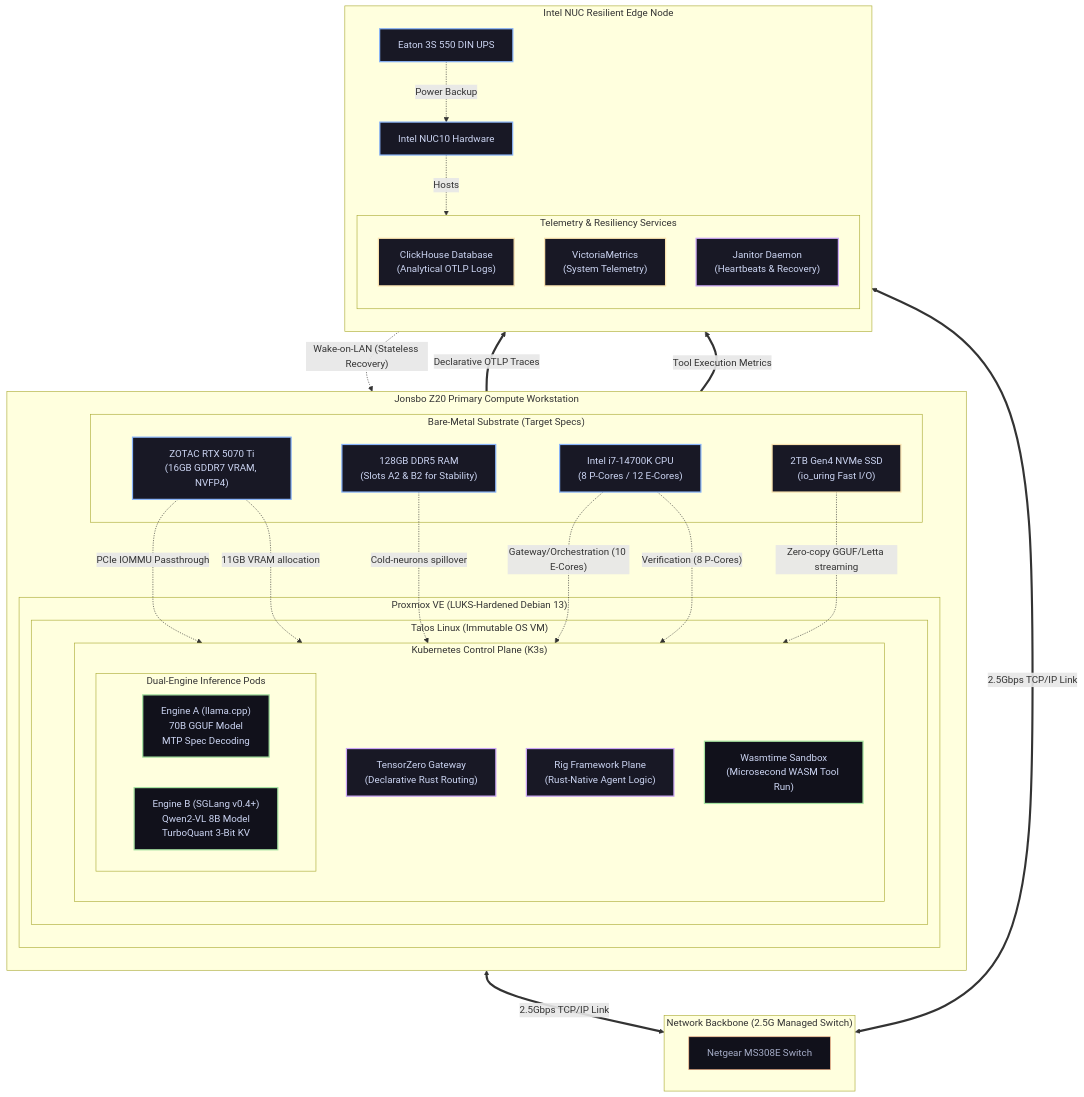
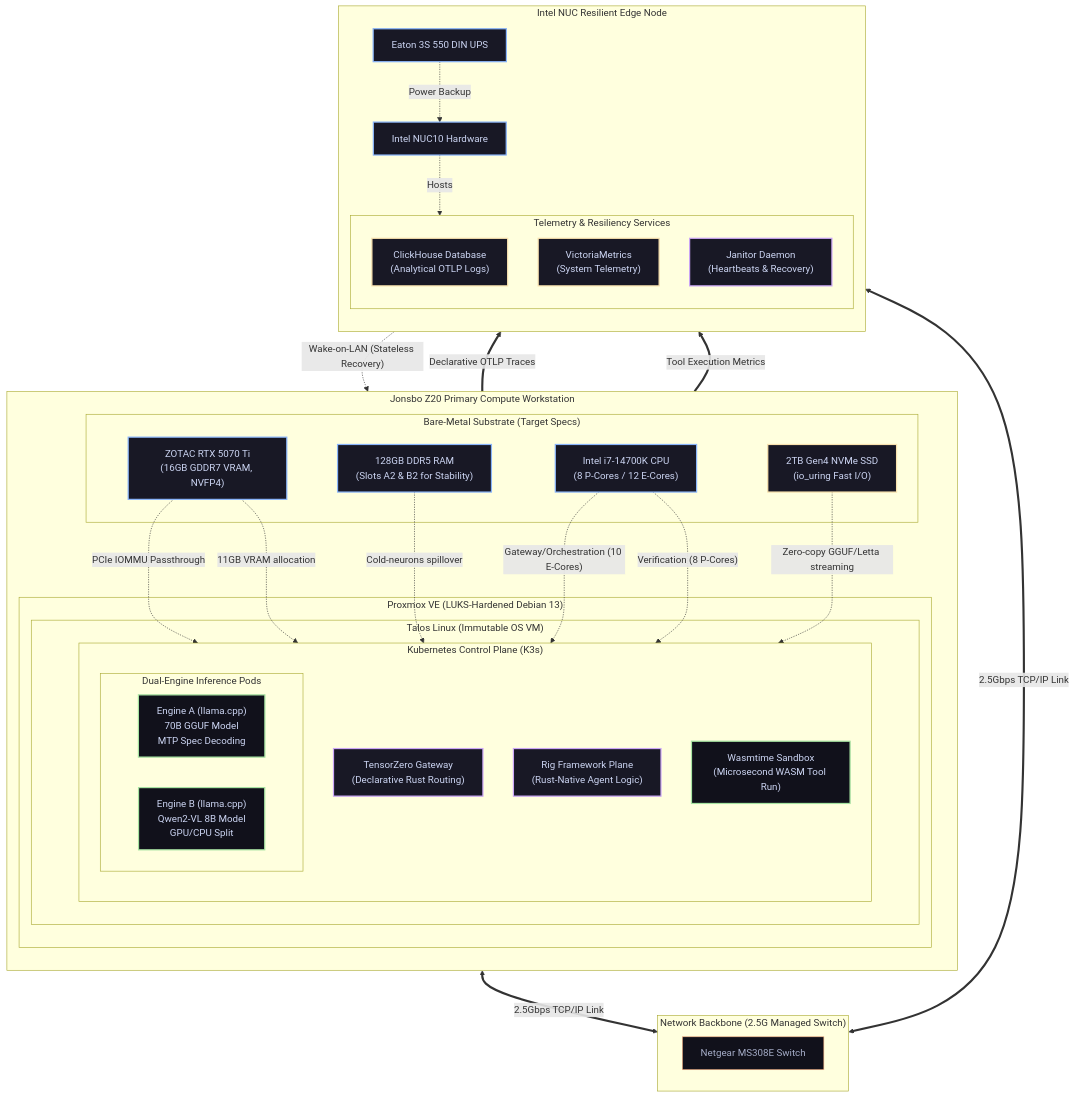
The diagram in docs/index.md (foersben/janus-synapse-edge), drawn with Mermaid before and after one commit. The commit also changed other lines of this file and 8 other files, not shown here.

````diff
--- a/docs/index.md
+++ b/docs/index.md
@@ -28,73 +28,73 @@
 ```mermaid
 flowchart TB
     %% Style definitions
     classDef physical fill:#181825,stroke:#89b4fa,stroke-width:2px,color:#cdd6f4
     classDef virtual fill:#11111b,stroke:#a6e3a1,stroke-width:2px,color:#cdd6f4
     classDef storage fill:#181825,stroke:#f9e2af,stroke-width:2px,color:#cdd6f4
     classDef runtime fill:#181825,stroke:#cba6f7,stroke-width:2px,color:#cdd6f4
     classDef network fill:#11111b,stroke:#fab387,stroke-width:1px,color:#a6adc8
 
     subgraph ComputeNode["Jonsbo Z20 Primary Compute Workstation"]
         direction TB
         subgraph Hardware["Bare-Metal Substrate (Target Specs)"]
             CPU["Intel i7-14700K CPU<br/>(8 P-Cores / 12 E-Cores)"]:::physical
             GPU["ZOTAC RTX 5070 Ti<br/>(16GB GDDR7 VRAM, NVFP4)"]:::physical
             RAM["128GB DDR5 RAM<br/>(Slots A2 & B2 for Stability)"]:::physical
             NVMe["2TB Gen4 NVMe SSD<br/>(io_uring Fast I/O)"]:::storage
         end
 
         subgraph Virtualization["Proxmox VE (LUKS-Hardened Debian 13)"]
             subgraph Talos["Talos Linux (Immutable OS VM)"]
                 subgraph K3s["Kubernetes Control Plane (K3s)"]
                     direction TB
                     Gateway["TensorZero Gateway<br/>(Declarative Rust Routing)"]:::runtime
                     Rig["Rig Framework Plane<br/>(Rust-Native Agent Logic)"]:::runtime
                     WASM["Wasmtime Sandbox<br/>(Microsecond WASM Tool Run)"]:::virtual
 
                     subgraph DualEngine["Dual-Engine Inference Pods"]
                         direction LR
                         EngineA["Engine A (llama.cpp)<br/>70B GGUF Model<br/>MTP Spec Decoding"]:::virtual
-                        EngineB["Engine B (SGLang v0.4+)<br/>Qwen2-VL 8B Model<br/>TurboQuant 3-Bit KV"]:::virtual
+                        EngineB["Engine B (llama.cpp)<br/>Qwen2-VL 8B Model<br/>GPU/CPU Split"]:::virtual
                     end
                 end
             end
         end
 
         %% Connections and Resource Routing
         GPU -. "PCIe IOMMU Passthrough" .-> EngineB
         GPU -. "11GB VRAM allocation" .-> EngineA
         RAM -. "Cold-neurons spillover" .-> EngineA
         CPU -. "Verification (8 P-Cores)" .-> EngineA
         CPU -. "Gateway/Orchestration (10 E-Cores)" .-> Rig
         NVMe -. "Zero-copy GGUF/Letta streaming" .-> EngineA
     end
 
     subgraph Switch["Network Backbone (2.5G Managed Switch)"]
         direction LR
         NETGEAR["Netgear MS308E Switch"]:::network
     end
 
     subgraph EdgeNode["Intel NUC Resilient Edge Node"]
         direction TB
         NUC_HW["Intel NUC10 Hardware"]:::physical
         UPS["Eaton 3S 550 DIN UPS"]:::physical
 
         subgraph TelemetryStore["Telemetry & Resiliency Services"]
             ClickHouse["ClickHouse Database<br/>(Analytical OTLP Logs)"]:::storage
             VictoriaMetrics["VictoriaMetrics<br/>(System Telemetry)"]:::storage
             Janitor["Janitor Daemon<br/>(Heartbeats & Recovery)"]:::runtime
         end
 
         UPS -. "Power Backup" .-> NUC_HW
         NUC_HW -. "Hosts" .-> TelemetryStore
     end
 
     %% Network links
     ComputeNode <== "2.5Gbps TCP/IP Link" ==> NETGEAR
     NETGEAR <== "2.5Gbps TCP/IP Link" ==> EdgeNode
 
     %% Logic pathways
     Rig ==>|"Declarative OTLP Traces"| ClickHouse
     WASM ==>|"Tool Execution Metrics"| VictoriaMetrics
     Janitor -. "Wake-on-LAN (Stateless Recovery)" .-> ComputeNode
 ```
````
